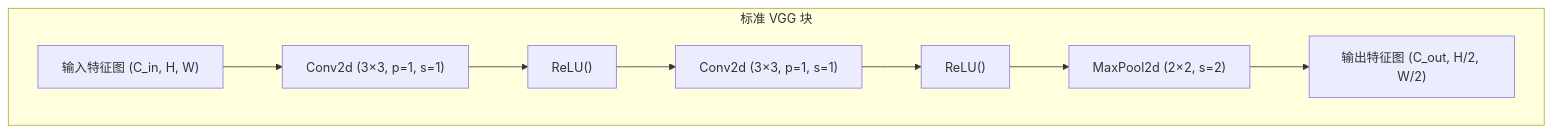
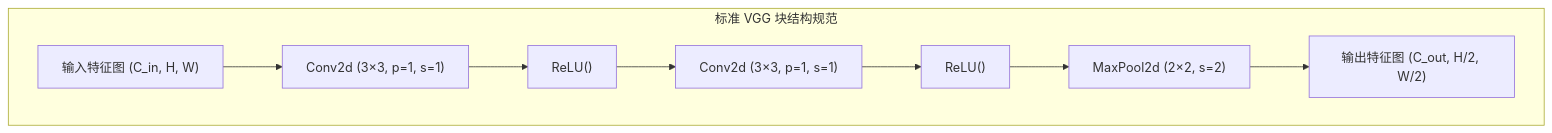
The diagram in 动手学深度学习/现代卷积神经网络/7.2 使用块的网络（VGG）.md (X-Hang7597/Obsidian-Notes), drawn with Mermaid before and after one commit. The commit also changed other lines of this file and 84 other files, not shown here.

````diff
--- a/动手学深度学习/现代卷积神经网络/7.2 使用块的网络（VGG）.md
+++ b/动手学深度学习/现代卷积神经网络/7.2 使用块的网络（VGG）.md
@@ -85,11 +129,11 @@
 ```mermaid
 flowchart TD
-    subgraph VGG_Block ["标准 VGG 块"]
+    subgraph VGG_Block ["标准 VGG 块结构规范"]
         In["输入特征图 (C_in, H, W)"] --> Conv1["Conv2d (3×3, p=1, s=1)"]
         Conv1 --> Act1["ReLU()"]
         Act1 --> Conv2["Conv2d (3×3, p=1, s=1)"]
         Conv2 --> Act2["ReLU()"]
         Act2 --> Pool["MaxPool2d (2×2, s=2)"]
         Pool --> Out["输出特征图 (C_out, H/2, W/2)"]
     end
 ```
````
